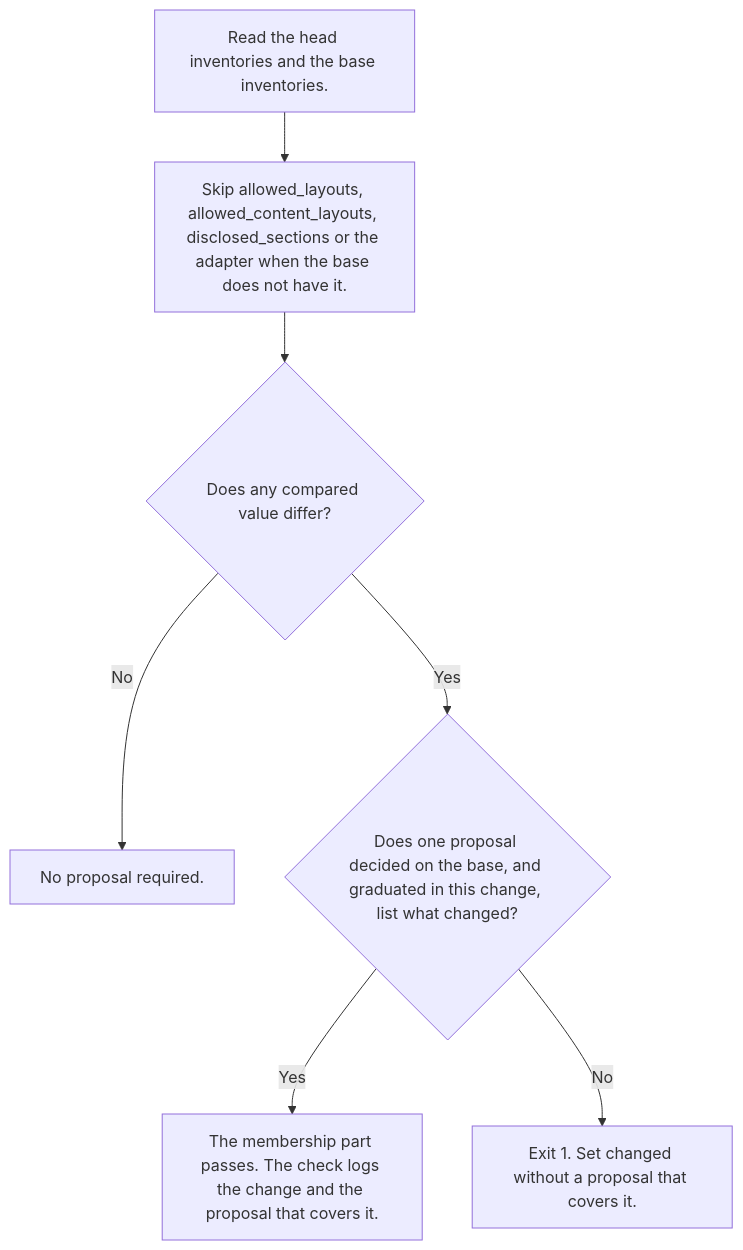
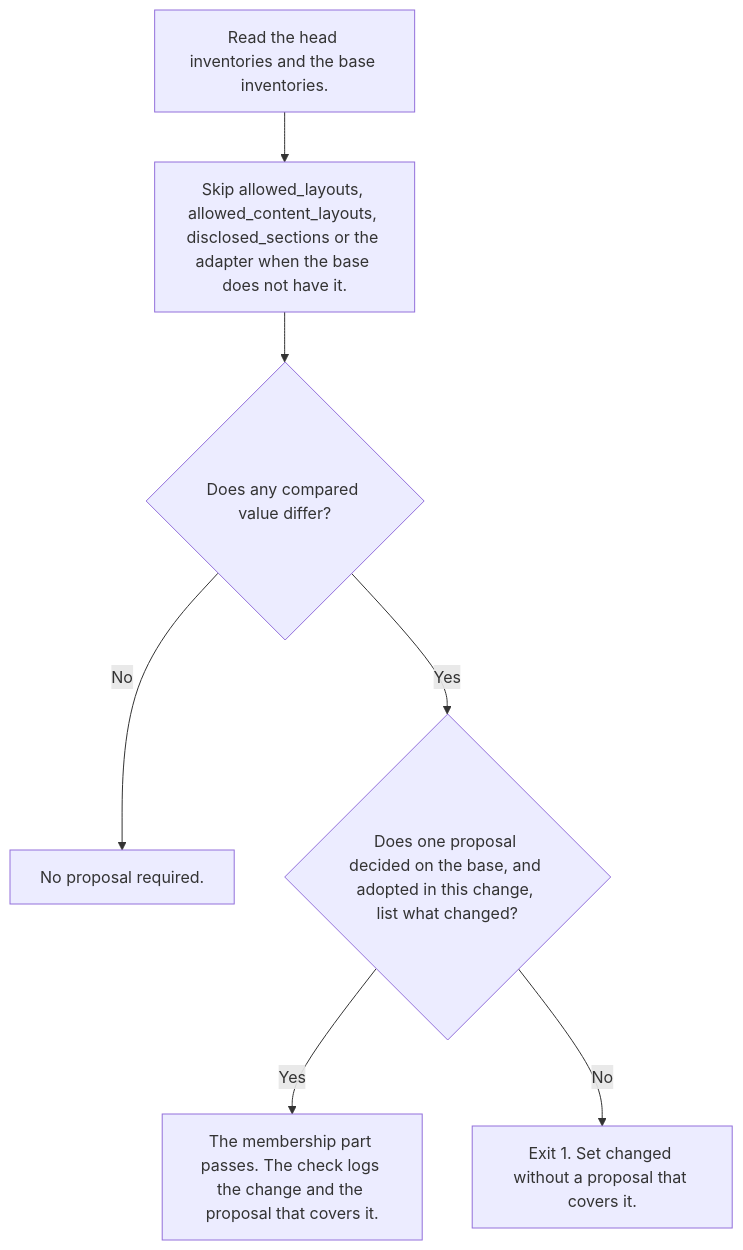
The sixth of 7 diagrams in packages/harness/docs/how-it-works.md (tounsoo/agent-design-loop), drawn with Mermaid before and after one commit. The commit also changed other lines of this file and 75 other files, not shown here.

````diff
--- a/packages/harness/docs/how-it-works.md
+++ b/packages/harness/docs/how-it-works.md
@@ -329,15 +329,15 @@
 ```mermaid
 flowchart TB
   read["Read the head inventories and the base inventories."]
   skip["Skip allowed_layouts, allowed_content_layouts, disclosed_sections or the adapter when the base does not have it."]
   diff{"Does any compared value differ?"}
   ok["No proposal required."]
-  words{"Does one proposal decided on the base, and graduated in this change, list what changed?"}
+  words{"Does one proposal decided on the base, and adopted in this change, list what changed?"}
   accepted["The membership part passes. The check logs the change and the proposal that covers it."]
   rejected["Exit 1. Set changed without a proposal that covers it."]
   read --> skip --> diff
   diff -->|No| ok
   diff -->|Yes| words
   words -->|Yes| accepted
   words -->|No| rejected
 ```
````
